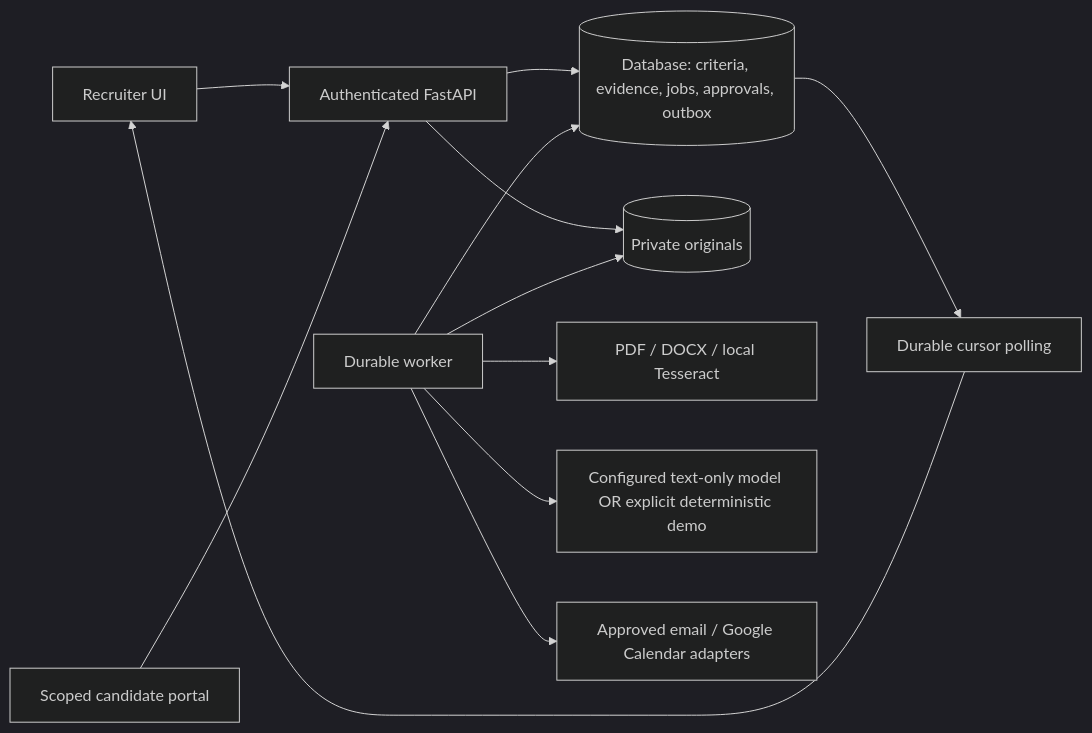
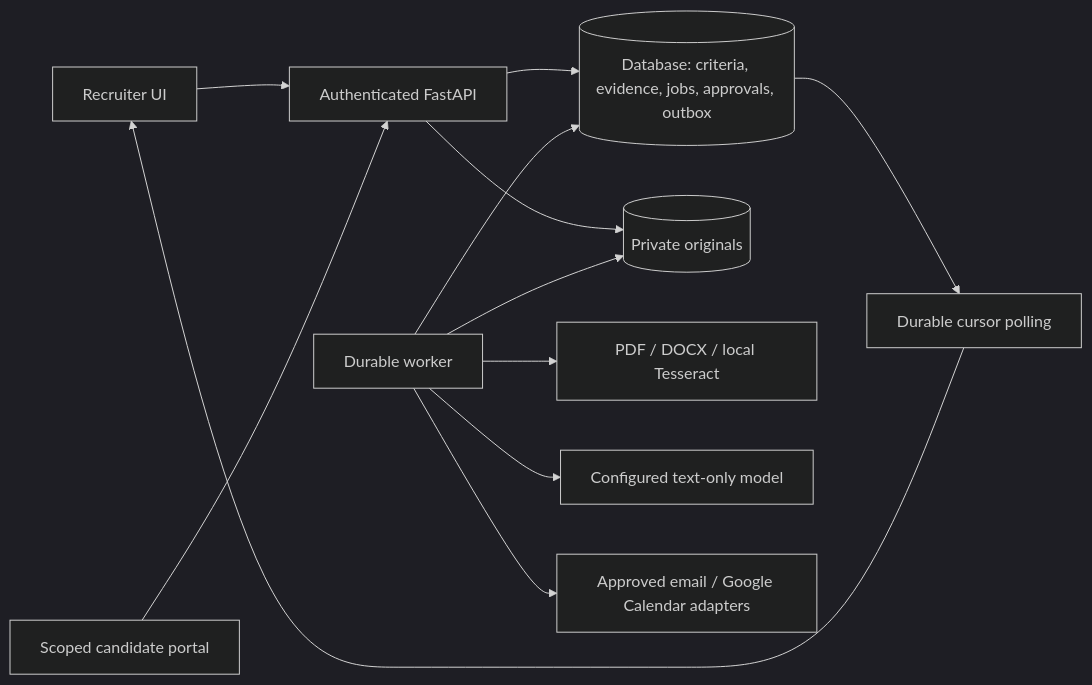
One commit to Evel12/Saring changed the diagram in docs/ARCHITECTURE.md. Above: the diagram before and after it, drawn with Mermaid (dark theme). The commit also changed other lines of this file and 76 other files, not shown here.

````diff
--- a/docs/ARCHITECTURE.md
+++ b/docs/ARCHITECTURE.md
@@ -5,14 +5,14 @@
 ```mermaid
 flowchart LR
   HR[Recruiter UI] --> API[Authenticated FastAPI]
   CP[Scoped candidate portal] --> API
   API --> DB[(Database: criteria, evidence, jobs, approvals, outbox)]
   API --> FS[(Private originals)]
   W[Durable worker] --> DB
   W --> FS
   W --> PARSE[PDF / DOCX / local Tesseract]
-  W --> MODEL[Configured text-only model OR explicit deterministic demo]
+  W --> MODEL[Configured text-only model]
   W --> OUT[Approved email / Google Calendar adapters]
   DB --> POLL[Durable cursor polling]
   POLL --> HR
 ```
````
